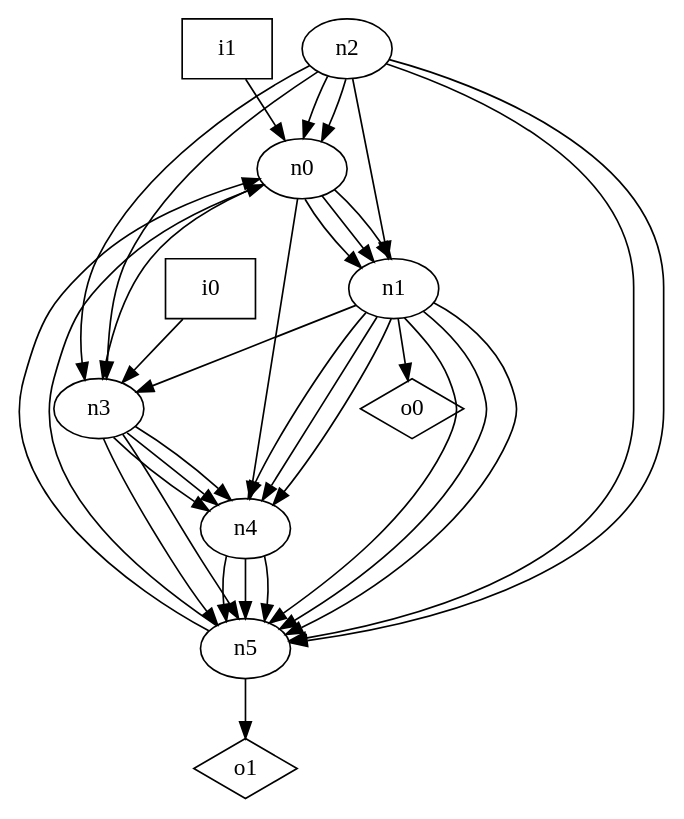
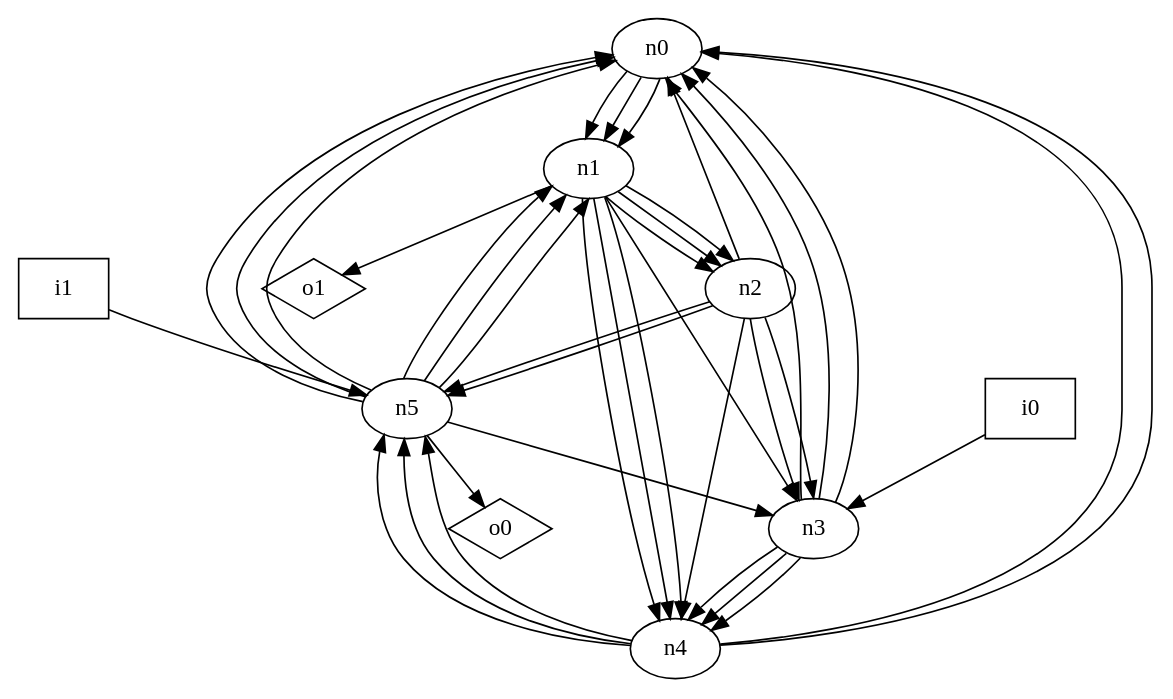
Before and after one commit to p9romain/bool-circuits: the diagram in dot_files/random/random_oriented_loop_free_graph.dot, drawn with Graphviz. The commit also changed 22 other files, not shown here.

```diff
--- a/dot_files/random/random_oriented_loop_free_graph.dot
+++ b/dot_files/random/random_oriented_loop_free_graph.dot
@@ -1,45 +1,50 @@
 digraph G {
 n0 [label="n0"];
 n1 [label="n1"];
 n2 [label="n2"];
 n3 [label="n3"];
 n4 [label="n4"];
 n5 [label="n5"];
 n6 [label="i0",shape="box"];
 n7 [label="i1",shape="box"];
 n8 [label="o0",shape="diamond"];
 n9 [label="o1",shape="diamond"];
 n0 -> n1
 n0 -> n1
 n0 -> n1
-n0 -> n3
-n0 -> n4
+n1 -> n2
+n1 -> n2
+n1 -> n2
 n1 -> n3
 n1 -> n4
 n1 -> n4
 n1 -> n4
-n1 -> n5
-n1 -> n5
-n1 -> n5
-n1 -> n8
+n1 -> n9
 n2 -> n0
-n2 -> n0
-n2 -> n1
 n2 -> n3
 n2 -> n3
+n2 -> n4
 n2 -> n5
 n2 -> n5
+n3 -> n0
+n3 -> n0
+n3 -> n0
 n3 -> n4
 n3 -> n4
 n3 -> n4
-n3 -> n5
-n3 -> n5
+n4 -> n0
+n4 -> n0
 n4 -> n5
 n4 -> n5
 n4 -> n5
 n5 -> n0
 n5 -> n0
-n5 -> n9
+n5 -> n0
+n5 -> n1
+n5 -> n1
+n5 -> n1
+n5 -> n3
+n5 -> n8
 n6 -> n3
-n7 -> n0
+n7 -> n5
 }
```
